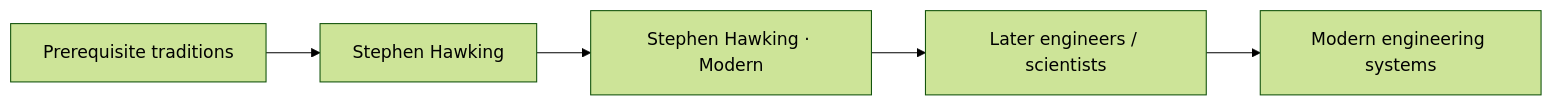
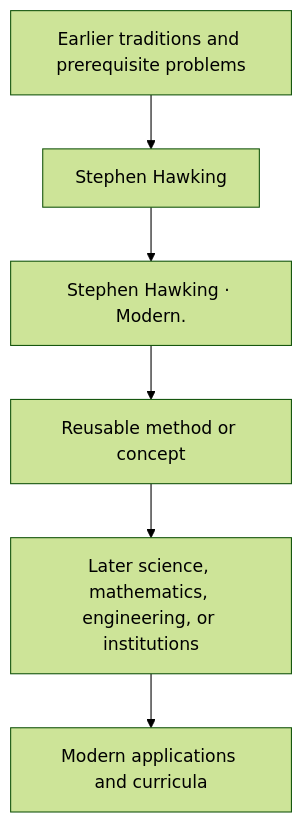
One commit to via-decide/ViaLogic changed the diagram in docs/history/stephen-hawking/influence.md. Above: the diagram before and after it, drawn with Mermaid (forest theme). The commit also changed other lines of this file and 858 other files, not shown here.

````diff
--- a/docs/history/stephen-hawking/influence.md
+++ b/docs/history/stephen-hawking/influence.md
@@ -29,7 +16,8 @@
 ```mermaid
-graph LR
-  prerequisites["Prerequisite traditions"] --> current["Stephen Hawking"]
-  current --> contribution["Stephen Hawking · Modern"]
-  contribution --> successors["Later engineers / scientists"]
-  successors --> modern["Modern engineering systems"]
+graph TD
+  Prior[Earlier traditions and prerequisite problems] --> Person[Stephen Hawking]
+  Person --> Contribution[Stephen Hawking · Modern.]
+  Contribution --> Method[Reusable method or concept]
+  Method --> Later[Later science, mathematics, engineering, or institutions]
+  Later --> Modern[Modern applications and curricula]
 ```
````
